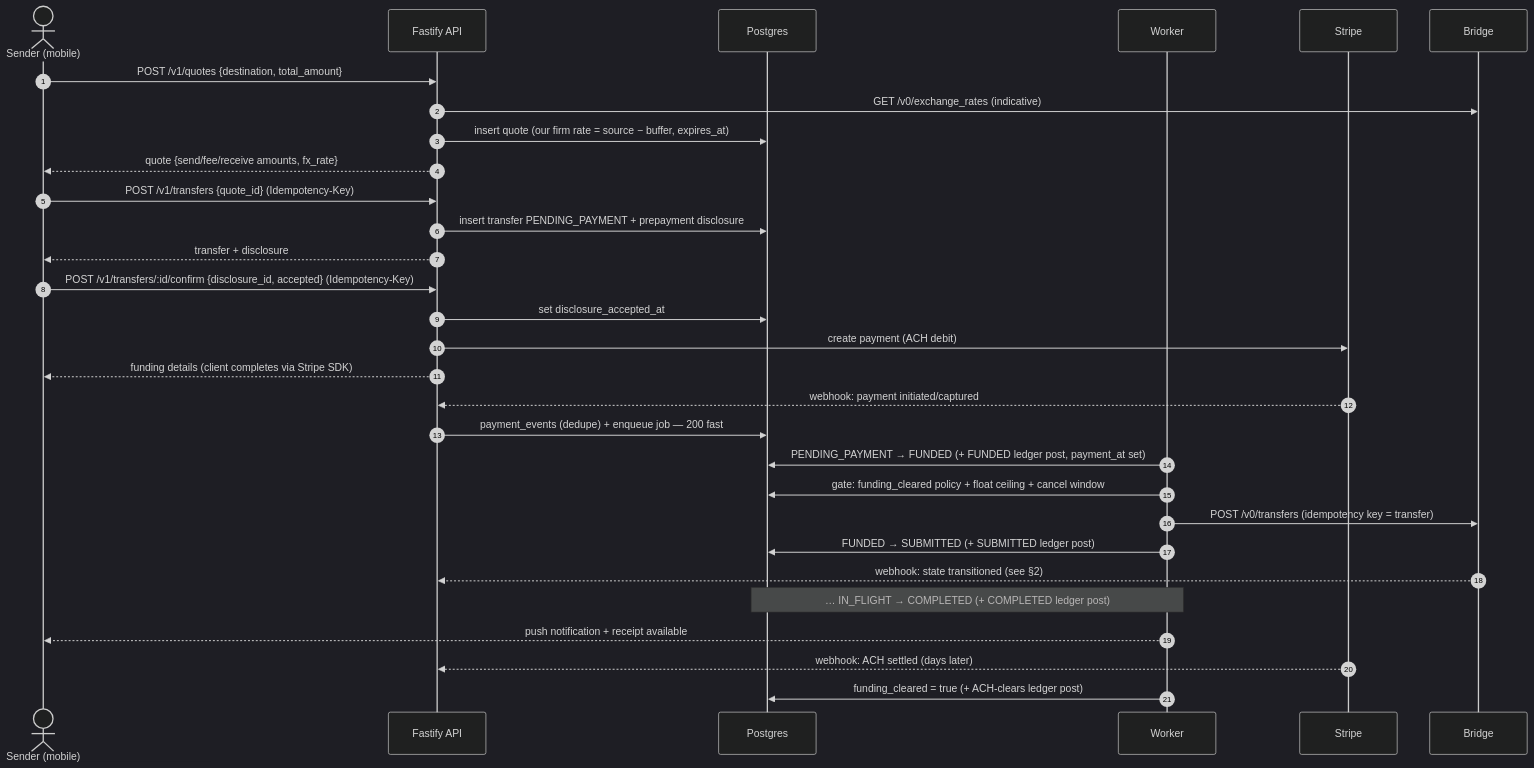
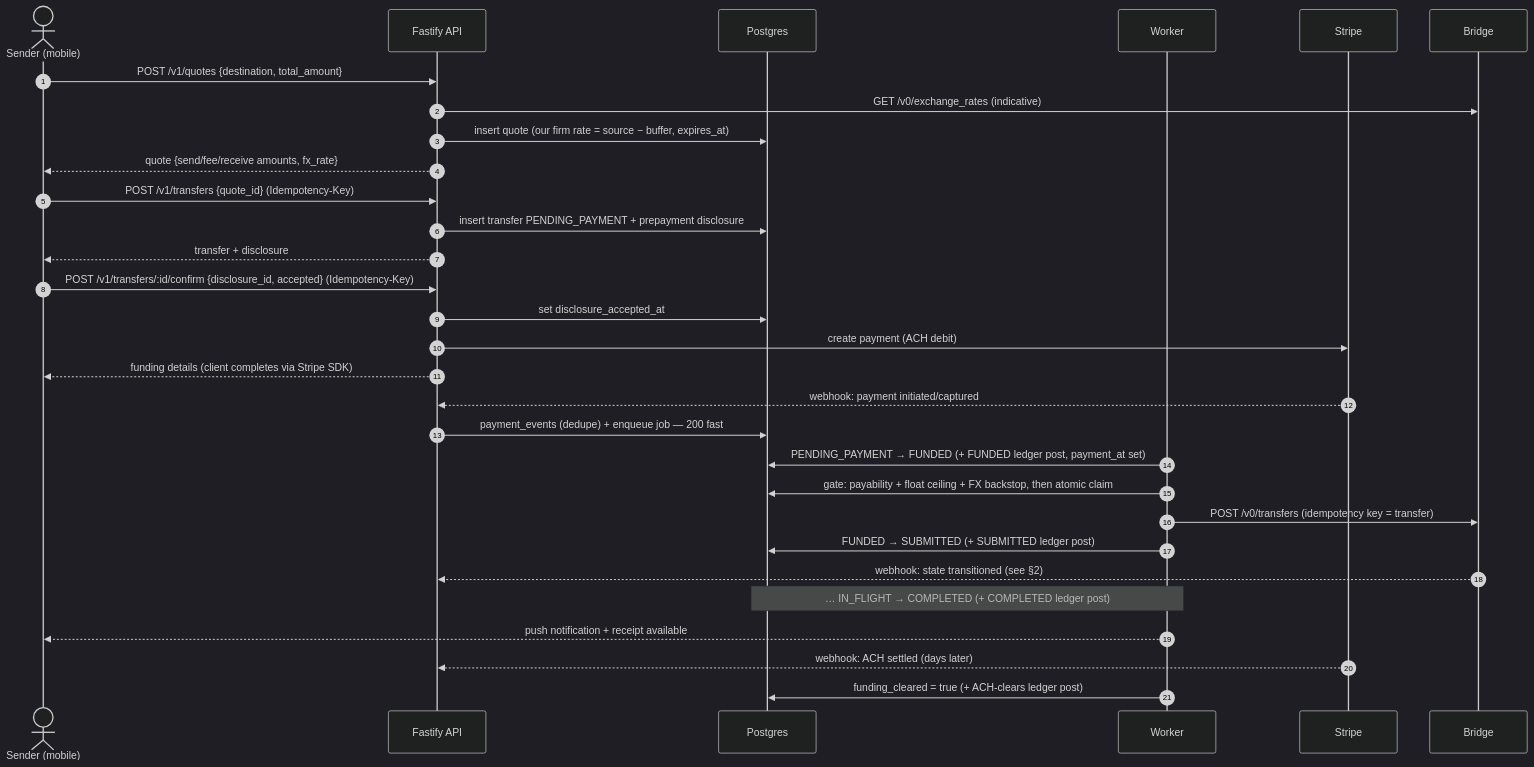
The first of 4 diagrams in docs/flows.md (PuenteFinancial/PuenteApp), drawn with Mermaid (dark theme) before and after one commit. The commit also changed other lines of this file and 23 other files, not shown here.

````diff
--- a/docs/flows.md
+++ b/docs/flows.md
@@ -14,37 +14,37 @@
 ```mermaid
 sequenceDiagram
     autonumber
     actor S as Sender (mobile)
     participant API as Fastify API
     participant DB as Postgres
     participant W as Worker
     participant ST as Stripe
     participant BR as Bridge
 
     S->>API: POST /v1/quotes {destination, total_amount}
     API->>BR: GET /v0/exchange_rates (indicative)
     API->>DB: insert quote (our firm rate = source − buffer, expires_at)
     API-->>S: quote {send/fee/receive amounts, fx_rate}
 
     S->>API: POST /v1/transfers {quote_id} (Idempotency-Key)
     API->>DB: insert transfer PENDING_PAYMENT + prepayment disclosure
     API-->>S: transfer + disclosure
 
     S->>API: POST /v1/transfers/:id/confirm {disclosure_id, accepted} (Idempotency-Key)
     API->>DB: set disclosure_accepted_at
     API->>ST: create payment (ACH debit)
     API-->>S: funding details (client completes via Stripe SDK)
 
     ST-->>API: webhook: payment initiated/captured
     API->>DB: payment_events (dedupe) + enqueue job — 200 fast
     W->>DB: PENDING_PAYMENT → FUNDED (+ FUNDED ledger post, payment_at set)
-    W->>DB: gate: funding_cleared policy + float ceiling + cancel window
+    W->>DB: gate: payability + float ceiling + FX backstop, then atomic claim
     W->>BR: POST /v0/transfers (idempotency key = transfer)
     W->>DB: FUNDED → SUBMITTED (+ SUBMITTED ledger post)
 
     BR-->>API: webhook: state transitioned (see §2)
     Note over W,DB: … IN_FLIGHT → COMPLETED (+ COMPLETED ledger post)
     W-->>S: push notification + receipt available
     ST-->>API: webhook: ACH settled (days later)
     W->>DB: funding_cleared = true (+ ACH-clears ledger post)
 ```
````
